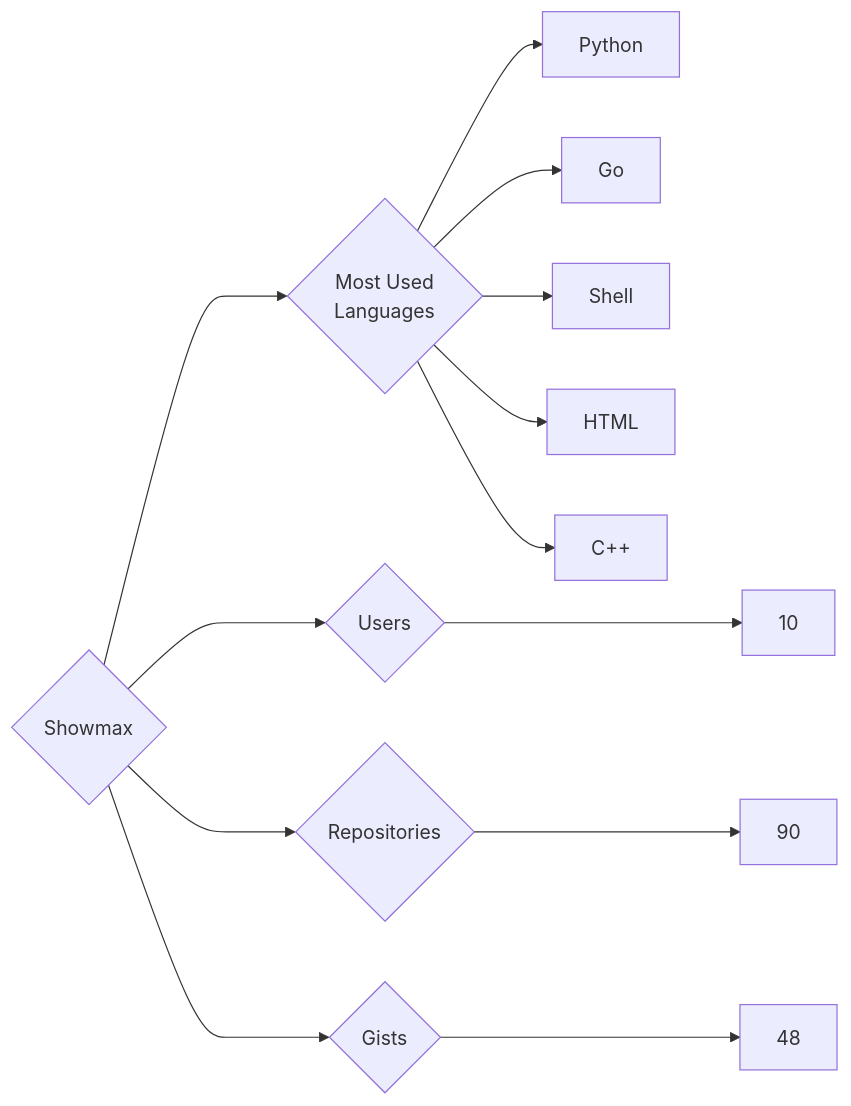
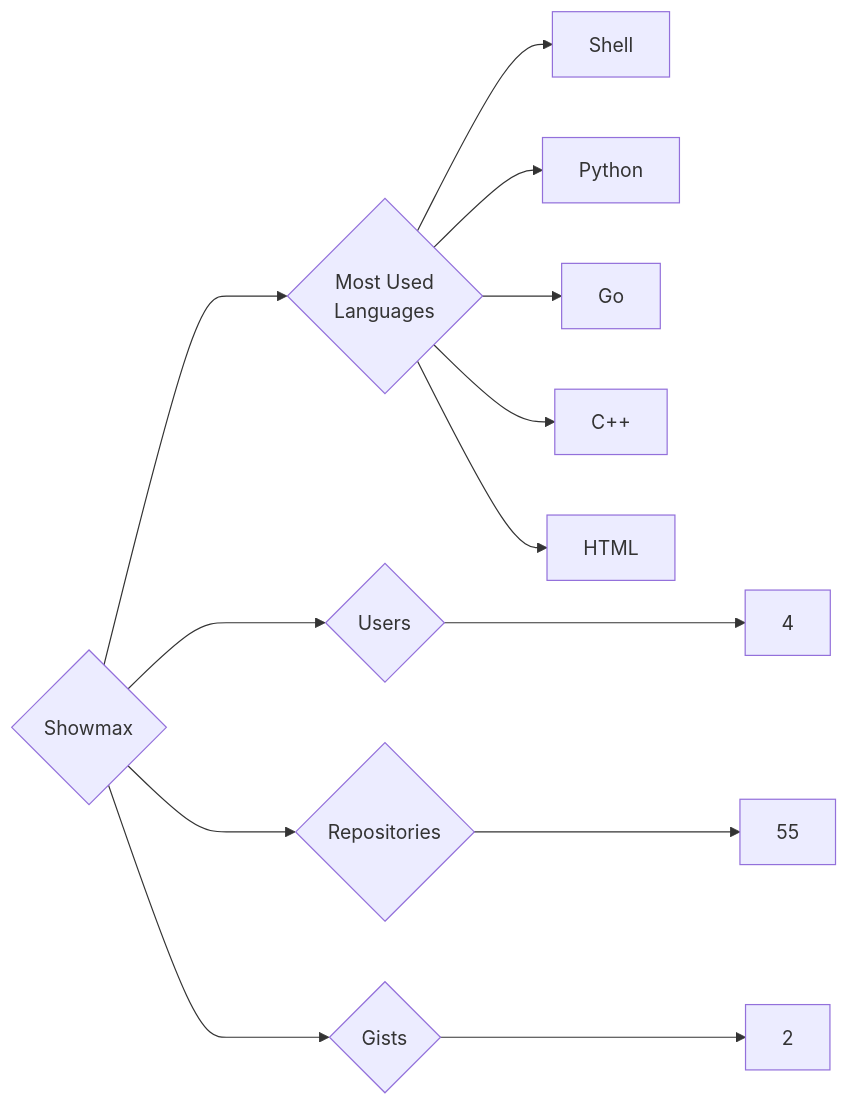
One commit to trickest/insiders changed the diagram in targets/Showmax/README.md. Above: the diagram before and after it, drawn with Mermaid. The commit also changed 860 other files, not shown here.

````diff
--- a/targets/Showmax/README.md
+++ b/targets/Showmax/README.md
@@ -3,13 +3,13 @@
 ```mermaid
 graph LR
 COMPANY_NAME{Showmax}
-COMPANY_NAME ---> U{Users} ---> UN[10]
-COMPANY_NAME ---> R{Repositories} ---> RN[90]
-COMPANY_NAME ---> G{Gists} ---> GN[48]
+COMPANY_NAME ---> U{Users} ---> UN[4]
+COMPANY_NAME ---> R{Repositories} ---> RN[55]
+COMPANY_NAME ---> G{Gists} ---> GN[2]
 COMPANY_NAME ---> ML{Most Used<br>Languages}
+ML --> Shell[Shell]
 ML --> Python[Python]
 ML --> Go[Go]
-ML --> Shell[Shell]
+ML --> C++[C++]
 ML --> HTML[HTML]
-ML --> C++[C++]
 ```
````
